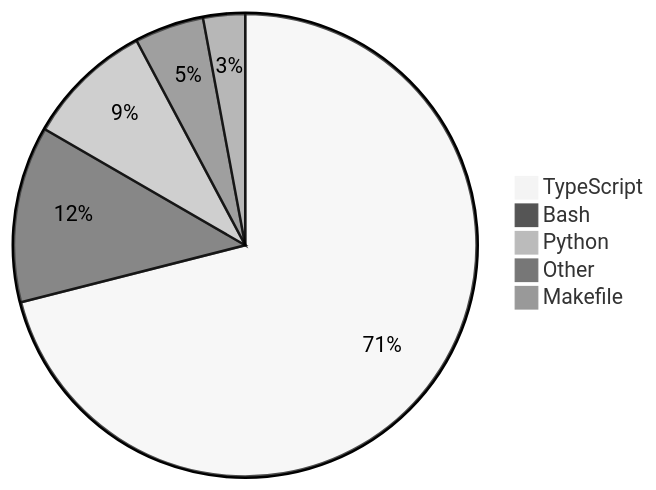
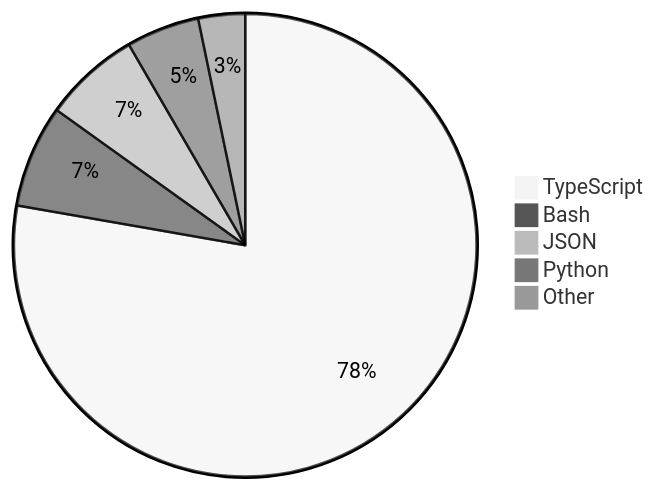
One commit to skvggor/skvggor changed the diagram in README.md. Above: the diagram before and after it, drawn with Mermaid (neutral theme).

Commit message:
Updated waka-readme graph with new metrics

````diff
--- a/README.md
+++ b/README.md
@@ -28,8 +28,8 @@
 ```mermaid
 pie
-    "TypeScript" : 70.4
-    "Bash" : 12.2
-    "Python" : 8.8
-    "Other" : 4.8
-    "Makefile" : 2.9
+    "TypeScript" : 76.2
+    "Bash" : 7.0
+    "JSON" : 6.6
+    "Python" : 5.0
+    "Other" : 3.2
 ```
````
